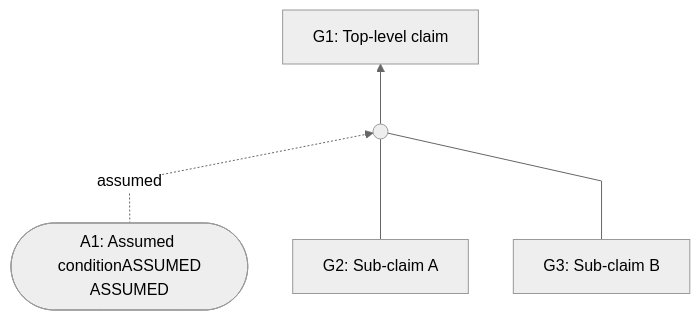
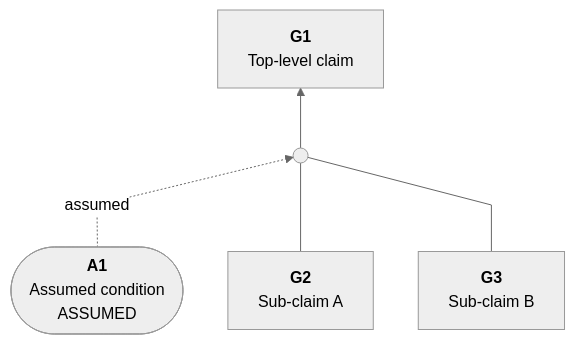
Before and after one commit to coreinfrastructure/best-practices-badge: diagram 18 of 20 in docs/sacm-mermaid.md, drawn with Mermaid. The commit also changed other lines of this file, not shown here.

Commit message:
Improve diagrams

````diff
--- a/docs/sacm-mermaid.md
+++ b/docs/sacm-mermaid.md
@@ -1000,23 +1000,23 @@
 ```mermaid
 ---
 config:
   theme: neutral
   flowchart:
     curve: linear
     htmlLabels: true
     rankSpacing: 60
     nodeSpacing: 45
     padding: 15
 ---
 flowchart BT
-    G2["G2: Sub-claim A"]
-    G3["G3: Sub-claim B"]
-    A1(["A1: Assumed conditionASSUMED<br>ASSUMED"])
+    G2["<b>G2</b><br>Sub-claim A"]
+    G3["<b>G3</b><br>Sub-claim B"]
+    A1(["<b>A1</b><br>Assumed condition</b><br>ASSUMED"])
     Inf1((" "))
-    G1["G1: Top-level claim"]
+    G1["<b>G1</b><br>Top-level claim"]
 
     A1 -. "assumed" .-> Inf1
     G2 --- Inf1
     G3 --- Inf1
     Inf1 --> G1
 ```
````
